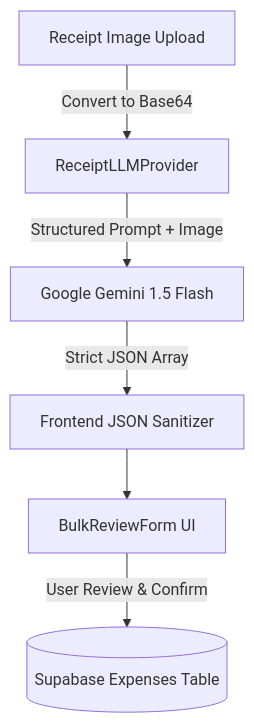
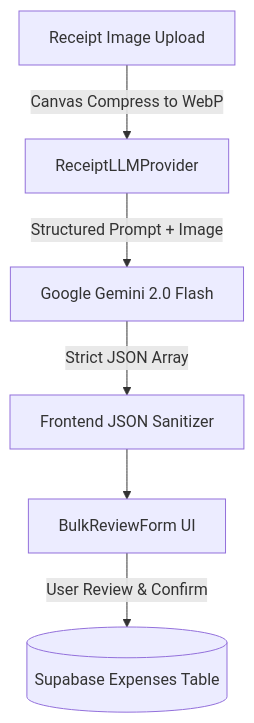
Before and after one commit to cubewin07/financial-management: the first of 2 diagrams in README.md, drawn with Mermaid. The commit also changed other lines of this file and 1 other file, not shown here.

Commit message:
docs: add ADR and implementation plan for scheduled receipt processor

````diff
--- a/README.md
+++ b/README.md
@@ -162,8 +164,8 @@
 ```mermaid
 graph TD
-    A[Receipt Image Upload] -->|Convert to Base64| B[ReceiptLLMProvider]
-    B -->|Structured Prompt + Image| C[Google Gemini 1.5 Flash]
+    A[Receipt Image Upload] -->|Canvas Compress to WebP| B[ReceiptLLMProvider]
+    B -->|Structured Prompt + Image| C[Google Gemini 2.0 Flash]
     C -->|Strict JSON Array| D[Frontend JSON Sanitizer]
     D --> E[BulkReviewForm UI]
     E -->|User Review & Confirm| F[(Supabase Expenses Table)]
 ```
````
